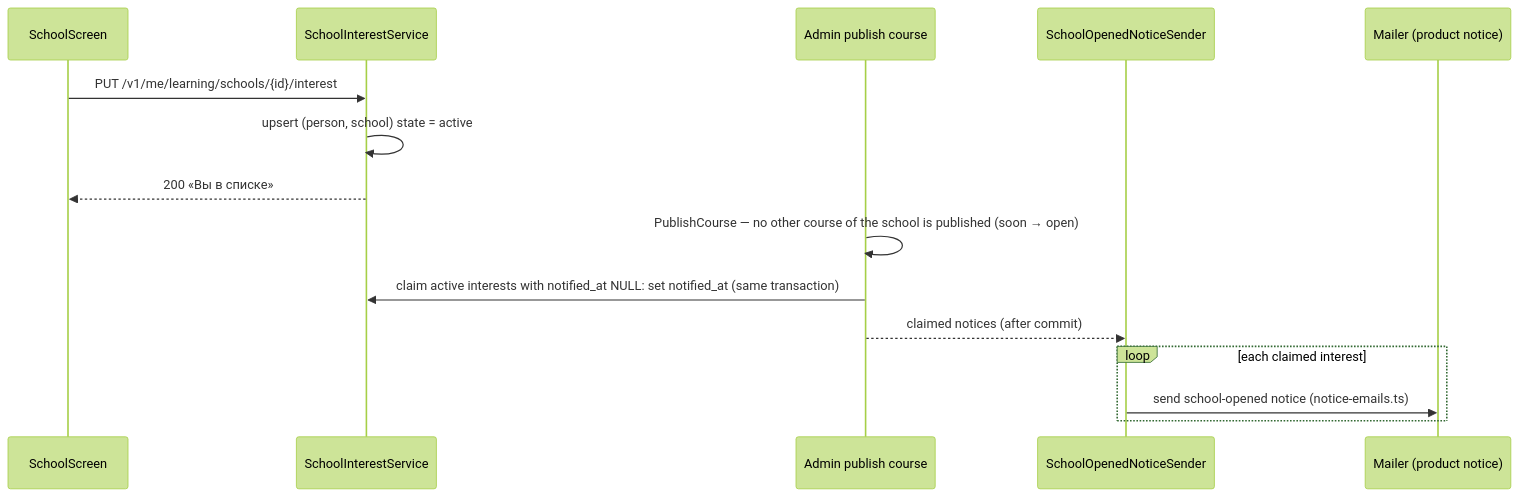
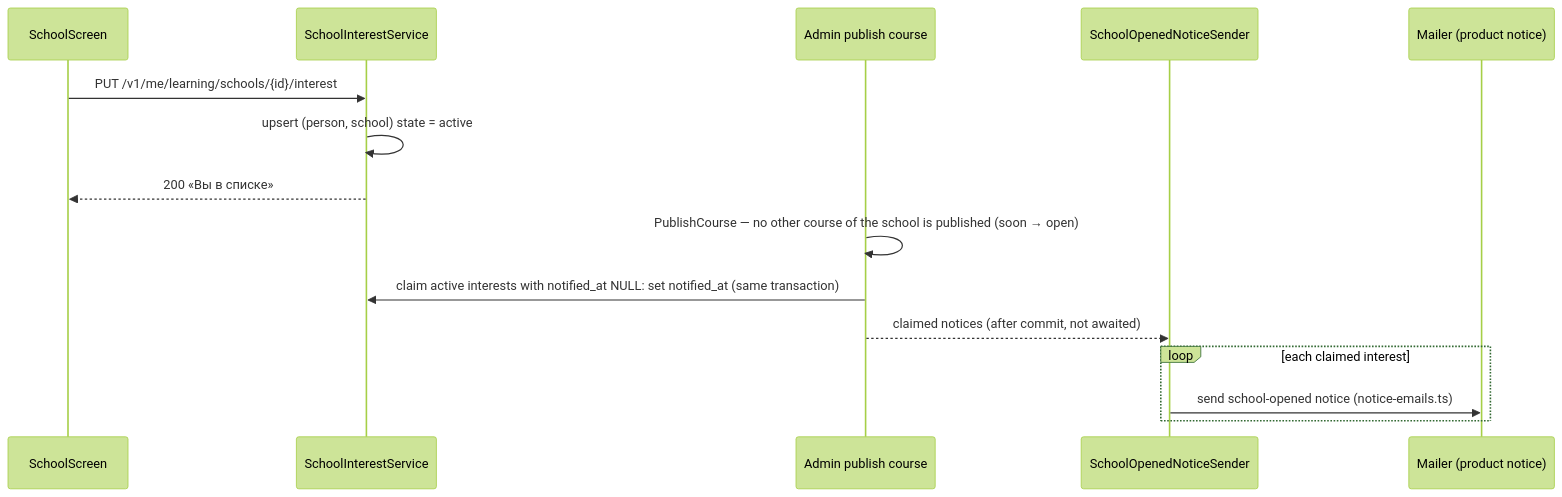
Before and after one commit to doctor-school/ds-platform: the fourth of 5 diagrams in apps/docs/content/specs/features/023-school-and-course/023-design.md, drawn with Mermaid (forest theme). The commit also changed other lines of this file and 14 other files, not shown here.

````diff
--- a/apps/docs/content/specs/features/023-school-and-course/023-design.md
+++ b/apps/docs/content/specs/features/023-school-and-course/023-design.md
@@ -108,17 +108,17 @@
 ```mermaid
 sequenceDiagram
   participant B as SchoolScreen
   participant I as SchoolInterestService
   participant A as Admin publish course
   participant N as SchoolOpenedNoticeSender
   participant M as Mailer (product notice)
   B->>I: PUT /v1/me/learning/schools/{id}/interest
   I->>I: upsert (person, school) state = active
   I-->>B: 200 «Вы в списке»
   A->>A: PublishCourse — no other course of the school is published (soon → open)
   A->>I: claim active interests with notified_at NULL: set notified_at (same transaction)
-  A-->>N: claimed notices (after commit)
+  A-->>N: claimed notices (after commit, not awaited)
   loop each claimed interest
     N->>M: send school-opened notice (notice-emails.ts)
   end
 ```
````
